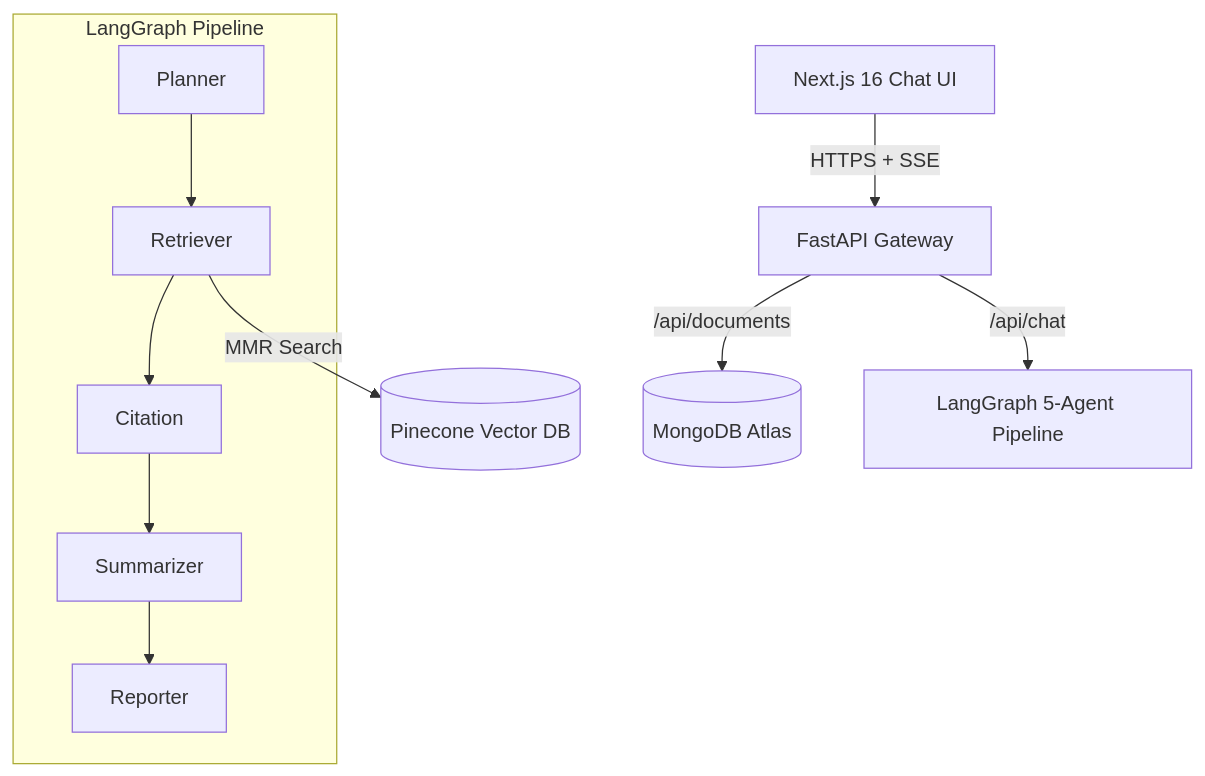
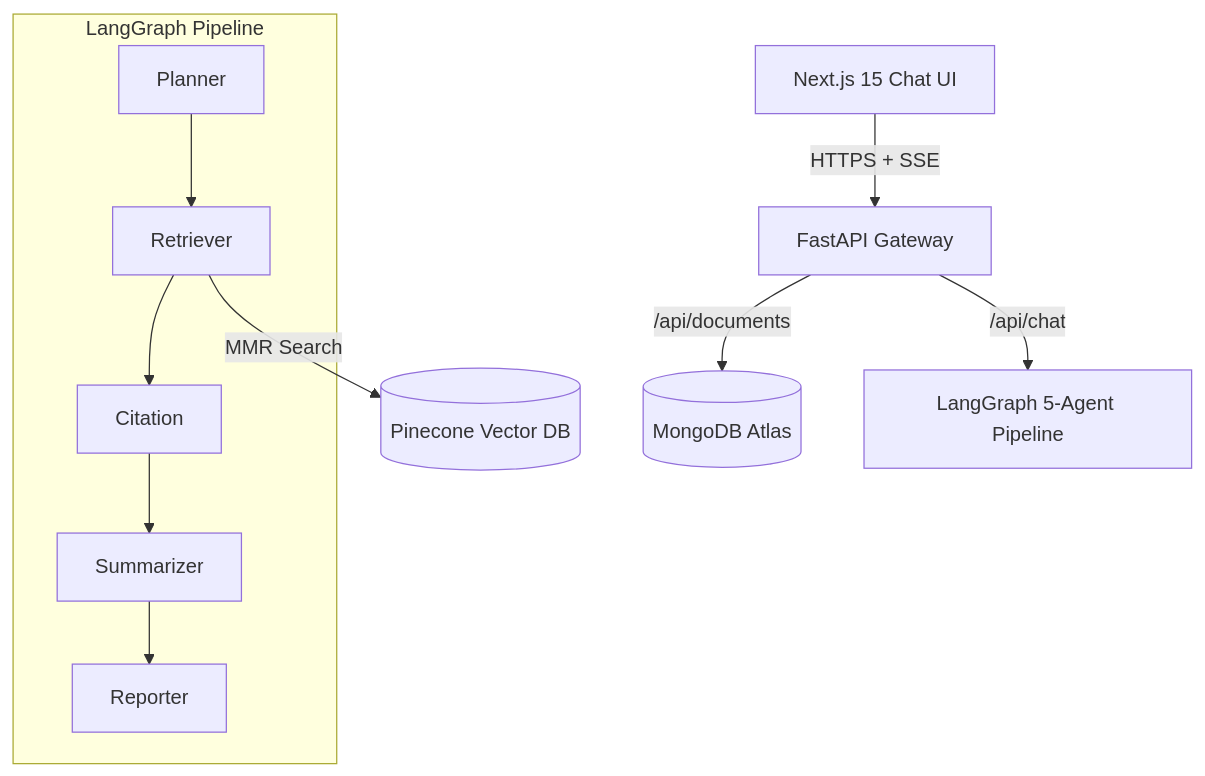
One commit to sopanmunde/trivisionx-ai changed the diagram in README.md. Above: the diagram before and after it, drawn with Mermaid. The commit also changed other lines of this file and 9 other files, not shown here.

````diff
--- a/README.md
+++ b/README.md
@@ -40,15 +42,15 @@
 ```mermaid
 graph TD
-    UI[Next.js 16 Chat UI] -- HTTPS + SSE --> API[FastAPI Gateway]
+    UI[Next.js 15 Chat UI] -- HTTPS + SSE --> API[FastAPI Gateway]
     API -- /api/documents --> DB[(MongoDB Atlas)]
     API -- /api/chat --> Graph[LangGraph 5-Agent Pipeline]
     
     subgraph LangGraph Pipeline
         Planner --> Retriever
         Retriever --> Citation
         Citation --> Summarizer
         Summarizer --> Reporter
     end
     
     Retriever -- MMR Search --> PC[(Pinecone Vector DB)]
 ```
````
